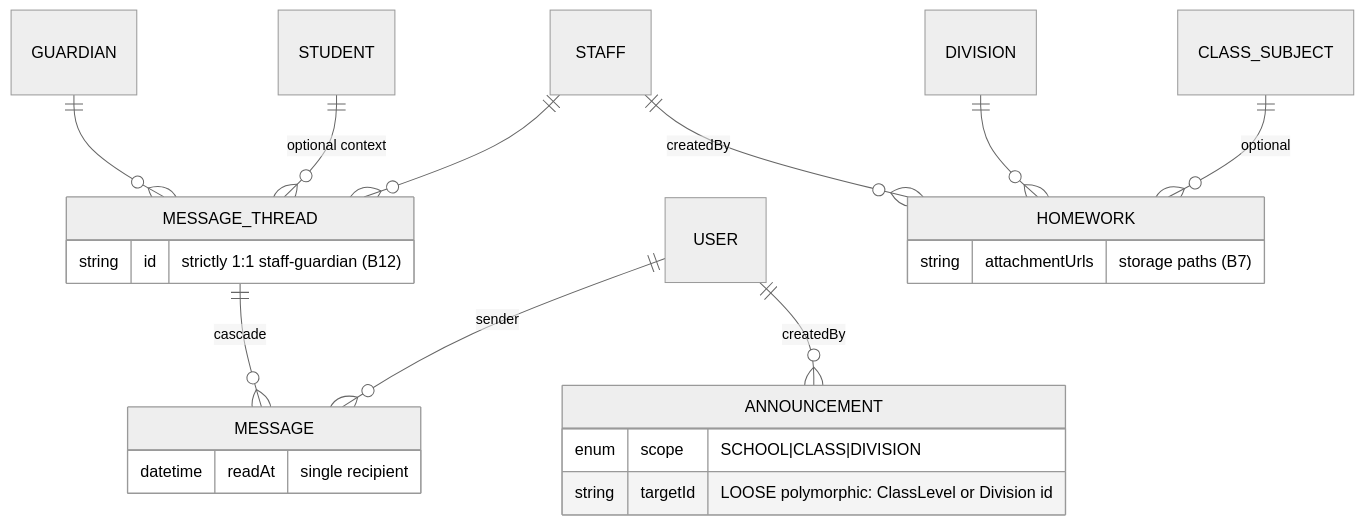
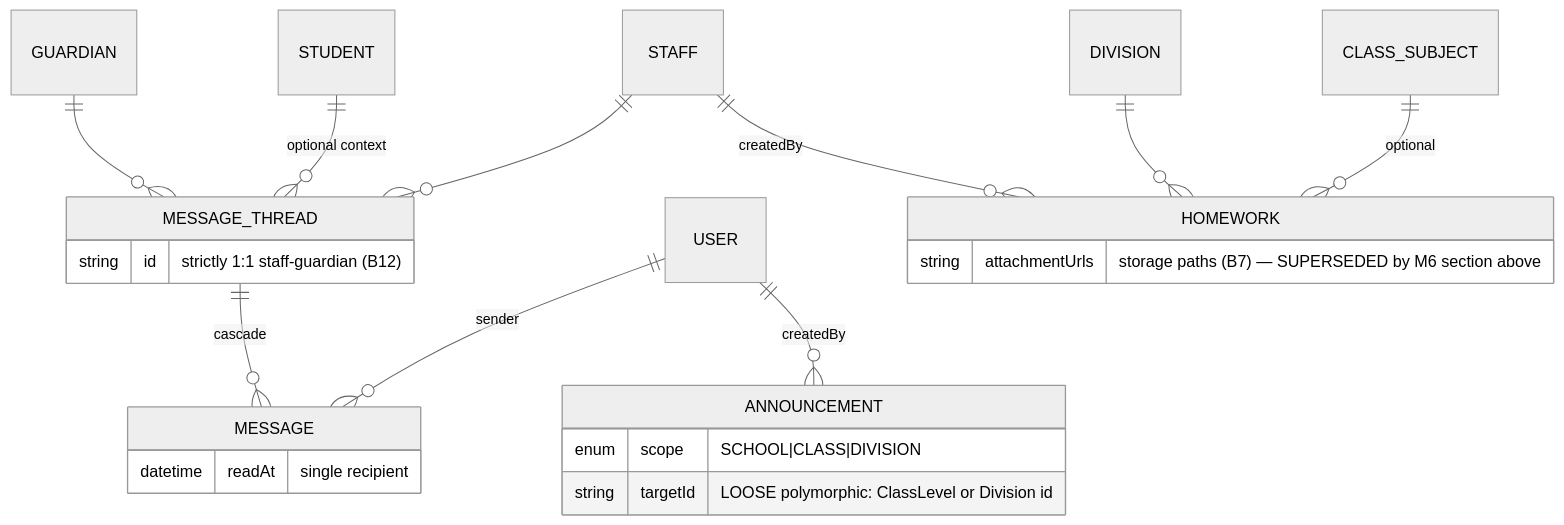
The sixth of 7 diagrams in docs/DB_RELATIONSHIP_DIAGRAM.md (sarangs1621/MobileApp), drawn with Mermaid (neutral theme) before and after one commit. The commit also changed other lines of this file and 2 other files, not shown here.

First line of the commit message:
docs(db): M6 Step 3 - homework relationship graph verified + diagram updated

````diff
--- a/docs/DB_RELATIONSHIP_DIAGRAM.md
+++ b/docs/DB_RELATIONSHIP_DIAGRAM.md
@@ -130,20 +187,20 @@
 ```mermaid
 erDiagram
     STAFF ||--o{ MESSAGE_THREAD : ""
     GUARDIAN ||--o{ MESSAGE_THREAD : ""
     STUDENT ||--o{ MESSAGE_THREAD : "optional context"
     MESSAGE_THREAD ||--o{ MESSAGE : "cascade"
     USER ||--o{ MESSAGE : "sender"
     USER ||--o{ ANNOUNCEMENT : "createdBy"
     DIVISION ||--o{ HOMEWORK : ""
     CLASS_SUBJECT ||--o{ HOMEWORK : "optional"
     STAFF ||--o{ HOMEWORK : "createdBy"
 
     MESSAGE_THREAD { string id "strictly 1:1 staff-guardian (B12)" }
     MESSAGE { datetime readAt "single recipient" }
     ANNOUNCEMENT {
         enum scope "SCHOOL|CLASS|DIVISION"
         string targetId "LOOSE polymorphic: ClassLevel or Division id"
     }
-    HOMEWORK { string attachmentUrls "storage paths (B7)" }
+    HOMEWORK { string attachmentUrls "storage paths (B7) — SUPERSEDED by M6 section above" }
 ```
````
